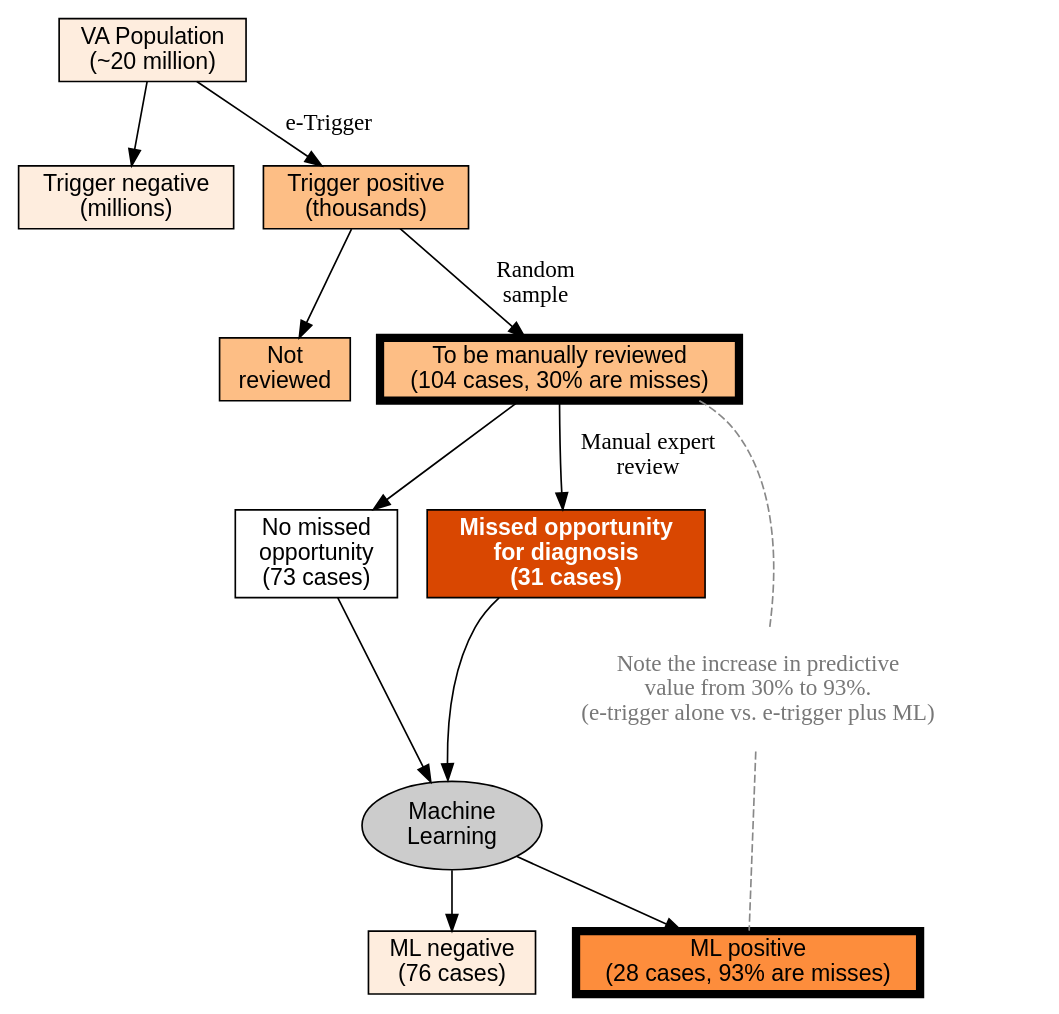
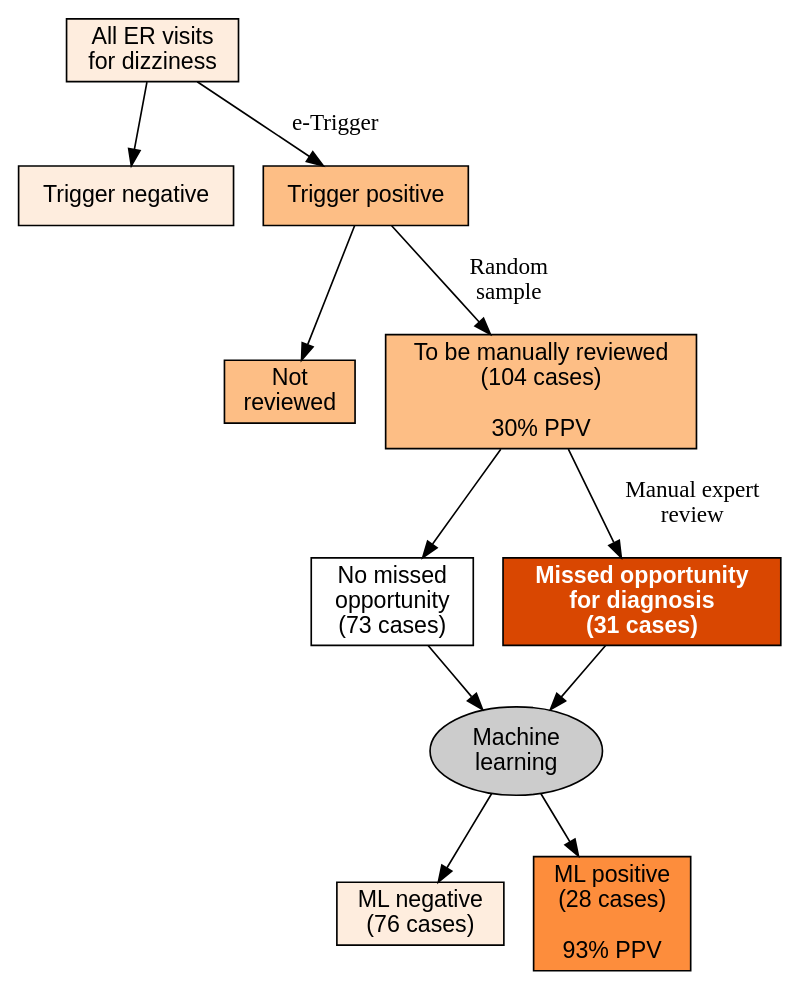
The diagram in AndyZimolzak/flow-colors-sparser.dot (zimolzak/ml-detect-diagnostic-safety), drawn with Graphviz before and after one commit.

Commit message:
okay quant figure for paper

```diff
--- a/AndyZimolzak/flow-colors-sparser.dot
+++ b/AndyZimolzak/flow-colors-sparser.dot
@@ -1,47 +1,44 @@
 digraph G {
 
 node [style = filled, fillcolor="white", fontname="Helvetica", colorscheme="oranges4"]
-  //rankdir = "LR";
+
+
 
 // Rectangles for number of charts
 
-twentyMillion [shape="rectangle", label="VA Population\n(~20 million)", fillcolor=1];
-millionsNeg [shape="rectangle", label="Trigger negative\n(millions)", fillcolor=1];
-thousands [shape="rectangle", label="Trigger positive\n(thousands)", fillcolor=2];
+twentyMillion [shape="rectangle", label="All ER visits\nfor dizziness", fillcolor=1];
+millionsNeg   [shape="rectangle", label="Trigger negative", fillcolor=1];
+thousands     [shape="rectangle", label="Trigger positive", fillcolor=2];
 
 notReview [shape="rectangle" label="Not\nreviewed", fillcolor=2];
-hundredReview [shape="rectangle", label="To be manually reviewed\n(104 cases, 30% are misses)", fillcolor=2, penwidth=5];
+hundredReview [shape="rectangle", label="To be manually reviewed\n(104 cases)\n\n30% PPV", fillcolor=2];
 
 noMissedOD [shape="rectangle", label="No missed\nopportunity\n(73 cases)"];
-MissedOD [shape="rectangle", label="Missed opportunity\nfor diagnosis\n(31 cases)", fillcolor=4, fontcolor="white", fontname="Helvetica-Bold"];
+MissedOD   [shape="rectangle", label="Missed opportunity\nfor diagnosis\n(31 cases)", fillcolor=4, fontcolor="white", fontname="Helvetica-Bold"];
 
 mlneg [shape="rectangle", fillcolor=1, label="ML negative\n(76 cases)"];
-mlpos [shape="rectangle", fillcolor=3, label="ML positive\n(28 cases, 93% are misses)", penwidth=5];  // color 3 is used only for ML +
+mlpos [shape="rectangle", fillcolor=3, label="ML positive\n(28 cases)\n\n93% PPV"];  // color 3 is used only for ML +
 
-ML [fillcolor="#cccccc", label="Machine\nLearning"];
+ML [fillcolor="#cccccc", label="Machine\nlearning"];
 
 
 
 
 // Edges
 
 twentyMillion -> millionsNeg;
 twentyMillion -> thousands [label="e-Trigger"];
 
 thousands -> notReview;
 thousands -> hundredReview [label="Random\nsample"];
 
 hundredReview -> noMissedOD;
 hundredReview -> MissedOD [label="Manual expert\nreview"];
 
 noMissedOD -> ML;
 MissedOD -> ML;
 
 ML -> mlneg;
 ML -> mlpos;
 
-MLImproves[penwidth=0, label="Note the increase in predictive\nvalue from 30% to 93%.\n(e-trigger alone vs. e-trigger plus ML)", fontcolor="#777777", fontname="Helvetica Italic"]
-hundredReview -> MLImproves [style=dashed, dir=none, color="#888888"]
-MLImproves -> mlpos [style=dashed, dir=none, color="#888888"]
-
 }
```
